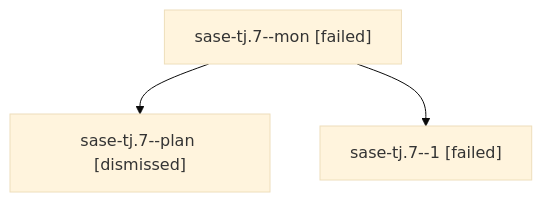
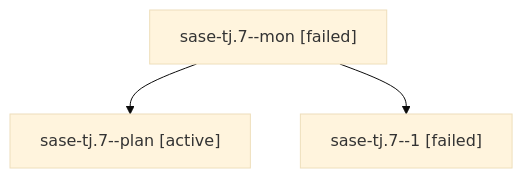
The diagram in families/bbugyi200.athena.sase-tj.7.md (sase-org/sase--agents), drawn with Mermaid (base theme) before and after one commit. The commit also changed other lines of this file and 35830 other files, not shown here.

````diff
--- a/families/bbugyi200.athena.sase-tj.7.md
+++ b/families/bbugyi200.athena.sase-tj.7.md
@@ -9,8 +9,8 @@
 ```mermaid
 flowchart TD
   n0["sase-tj.7--mon [failed]"]
-  n1["sase-tj.7--plan [dismissed]"]
+  n1["sase-tj.7--plan [active]"]
   n0 --> n1
   n2["sase-tj.7--1 [failed]"]
   n0 --> n2
 ```
````
